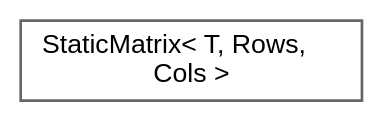
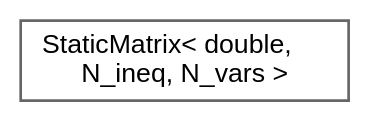
Before and after one commit to jswoo0615/Algorithms_for_Optimization_cpp: the diagram in inherit_graph_97.dot, drawn with Graphviz. The commit also changed 134 other files, not shown here.

```diff
--- a/inherit_graph_97.dot
+++ b/inherit_graph_97.dot
@@ -1,9 +1,9 @@
 digraph "Graphical Class Hierarchy"
 {
  // LATEX_PDF_SIZE
   bgcolor="transparent";
   edge [fontname=Helvetica,fontsize=10,labelfontname=Helvetica,labelfontsize=10];
   node [fontname=Helvetica,fontsize=10,shape=box,height=0.2,width=0.4];
   rankdir="LR";
-  Node0 [id="Node000000",label="StaticMatrix\< T, Rows,\l Cols \>",height=0.2,width=0.4,color="grey40", fillcolor="white", style="filled",URL="$classStaticMatrix.html",tooltip="전방 선언 (Forward Declaration)"];
+  Node0 [id="Node000000",label="StaticMatrix\< double,\l N_ineq, N_vars \>",height=0.2,width=0.4,color="grey40", fillcolor="white", style="filled",URL="$classStaticMatrix.html",tooltip=" "];
 }
```
